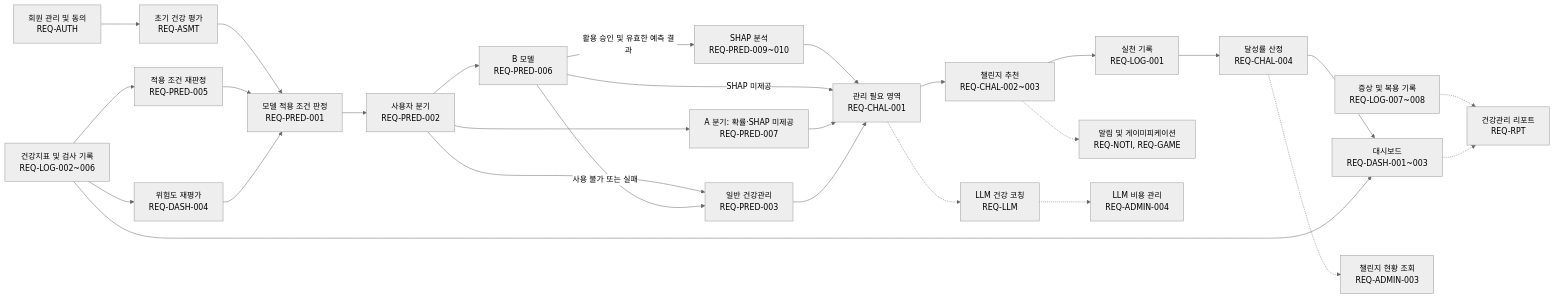
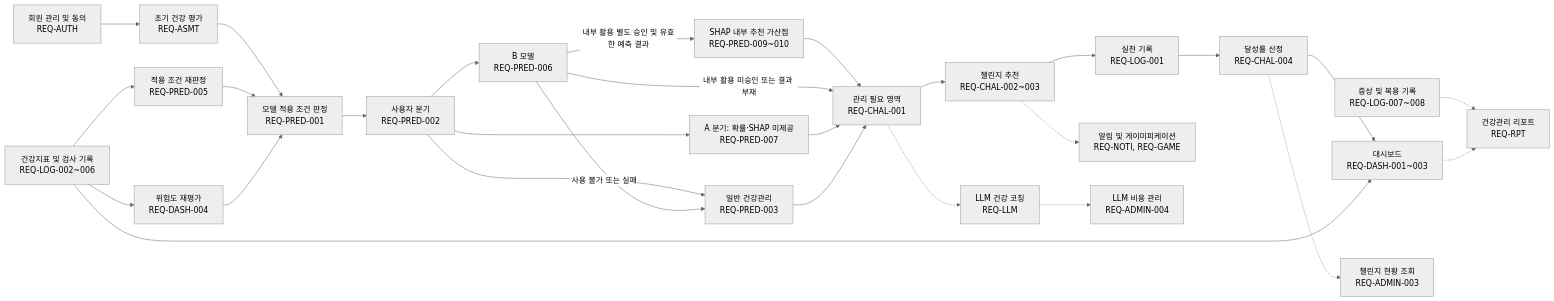
Before and after one commit to AI-HealthCare-07/welloop: the second of 2 diagrams in docs/planning/WELLOOP_요구사항정의서_v2.0.md, drawn with Mermaid (neutral theme). The commit also changed other lines of this file, not shown here.

````diff
--- a/docs/planning/WELLOOP_요구사항정의서_v2.0.md
+++ b/docs/planning/WELLOOP_요구사항정의서_v2.0.md
@@ -608,30 +610,30 @@
 ```mermaid
 flowchart LR
     AUTH["회원 관리 및 동의<br/>REQ-AUTH"] --> ASMT["초기 건강 평가<br/>REQ-ASMT"]
     ASMT --> ELIG["모델 적용 조건 판정<br/>REQ-PRED-001"]
     ELIG --> BRANCH["사용자 분기<br/>REQ-PRED-002"]
     BRANCH --> A["A 분기: 확률·SHAP 미제공<br/>REQ-PRED-007"]
     BRANCH --> B["B 모델<br/>REQ-PRED-006"]
     BRANCH --> GENERAL["일반 건강관리<br/>REQ-PRED-003"]
     B -->|사용 불가 또는 실패| GENERAL
-    B -->|활용 승인 및 유효한 예측 결과| SHAP["SHAP 분석<br/>REQ-PRED-009~010"]
+    B -->|내부 활용 별도 승인 및 유효한 예측 결과| SHAP["SHAP 내부 추천 가산점<br/>REQ-PRED-009~010"]
     SHAP --> AREA
-    B -->|SHAP 미제공| AREA["관리 필요 영역<br/>REQ-CHAL-001"]
+    B -->|내부 활용 미승인 또는 결과 부재| AREA["관리 필요 영역<br/>REQ-CHAL-001"]
     A --> AREA
     GENERAL --> AREA
     AREA --> CHAL["챌린지 추천<br/>REQ-CHAL-002~003"]
     CHAL --> LOG1["실천 기록<br/>REQ-LOG-001"]
     LOG1 --> RATE["달성률 산정<br/>REQ-CHAL-004"]
     LOG2["건강지표 및 검사 기록<br/>REQ-LOG-002~006"] --> RECHECK["적용 조건 재판정<br/>REQ-PRED-005"]
     RECHECK --> ELIG
     LOG2 --> REEVAL["위험도 재평가<br/>REQ-DASH-004"]
     REEVAL --> ELIG
     RATE --> DASH["대시보드<br/>REQ-DASH-001~003"]
     LOG2 --> DASH
     LOG3["증상 및 복용 기록<br/>REQ-LOG-007~008"] -.-> REPORT["건강관리 리포트<br/>REQ-RPT"]
     DASH -.-> REPORT
     CHAL -.-> NOTI["알림 및 게이미피케이션<br/>REQ-NOTI, REQ-GAME"]
     AREA -.-> LLM["LLM 건강 코칭<br/>REQ-LLM"]
     LLM -.-> ADMIN4["LLM 비용 관리<br/>REQ-ADMIN-004"]
     RATE -.-> ADMIN3["챌린지 현황 조회<br/>REQ-ADMIN-003"]
 ```
````
